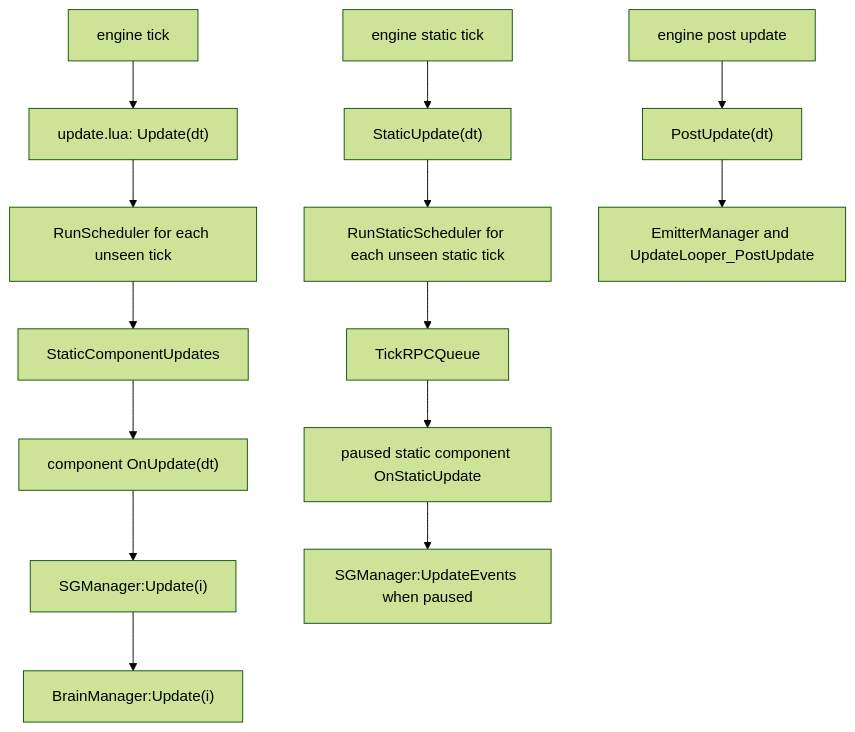
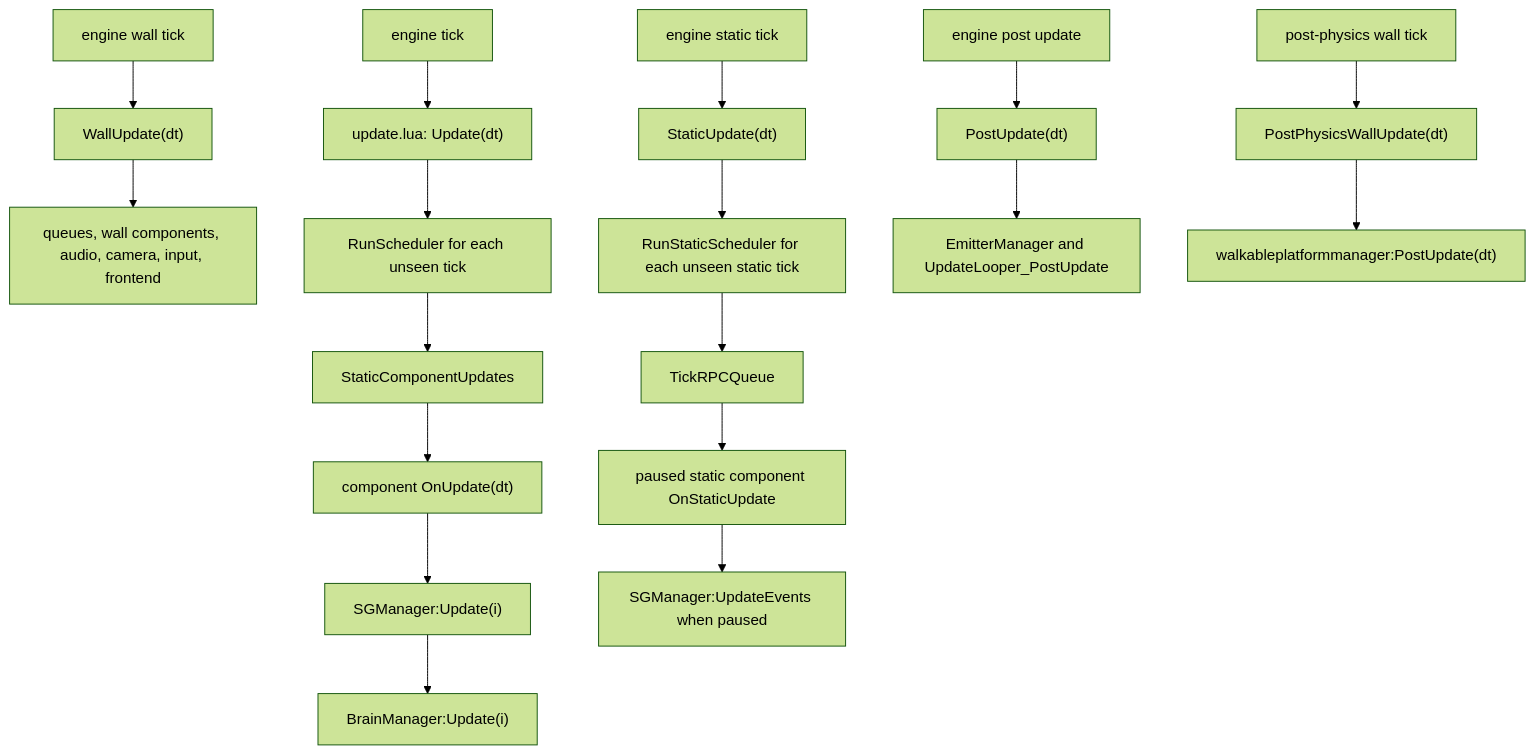
Before and after one commit to LetsStarveTogether/dst-server: the diagram in dst-scripts/index/0x2000-runtime/0x2100-boot-loop/0x2102-main-loop.md, drawn with Mermaid (forest theme). The commit also changed other lines of this file and 83 other files, not shown here.

```diff
--- a/dst-scripts/index/0x2000-runtime/0x2100-boot-loop/0x2102-main-loop.md
+++ b/dst-scripts/index/0x2000-runtime/0x2100-boot-loop/0x2102-main-loop.md
@@ -33,16 +38,20 @@
 ~~~mermaid
 flowchart TD
+    Q["engine wall tick"] --> R["WallUpdate(dt)"]
+    R --> S["queues, wall components, audio, camera, input, frontend"]
     A["engine tick"] --> B["update.lua: Update(dt)"]
     B --> C["RunScheduler for each unseen tick"]
     C --> D["StaticComponentUpdates"]
     D --> E["component OnUpdate(dt)"]
     E --> F["SGManager:Update(i)"]
     F --> G["BrainManager:Update(i)"]
     H["engine static tick"] --> I["StaticUpdate(dt)"]
     I --> J["RunStaticScheduler for each unseen static tick"]
     J --> K["TickRPCQueue"]
     K --> L["paused static component OnStaticUpdate"]
     L --> M["SGManager:UpdateEvents when paused"]
     N["engine post update"] --> O["PostUpdate(dt)"]
     O --> P["EmitterManager and UpdateLooper_PostUpdate"]
+    T["post-physics wall tick"] --> U["PostPhysicsWallUpdate(dt)"]
+    U --> V["walkableplatformmanager:PostUpdate(dt)"]
 ~~~
```
